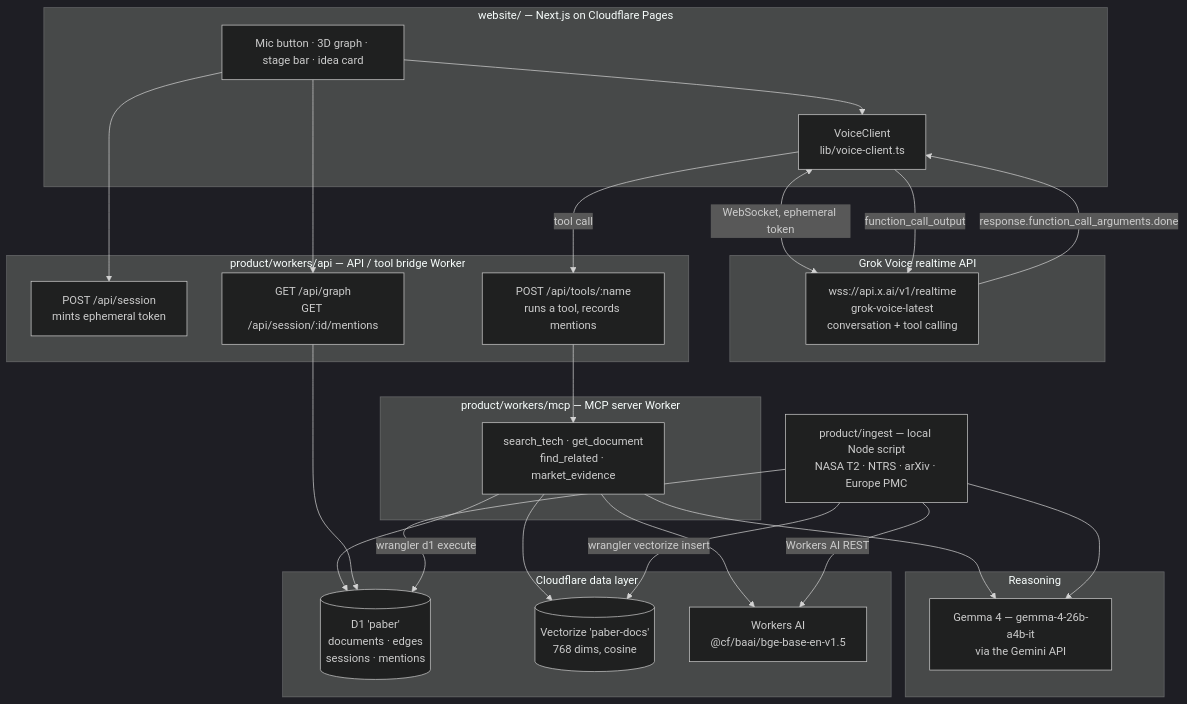
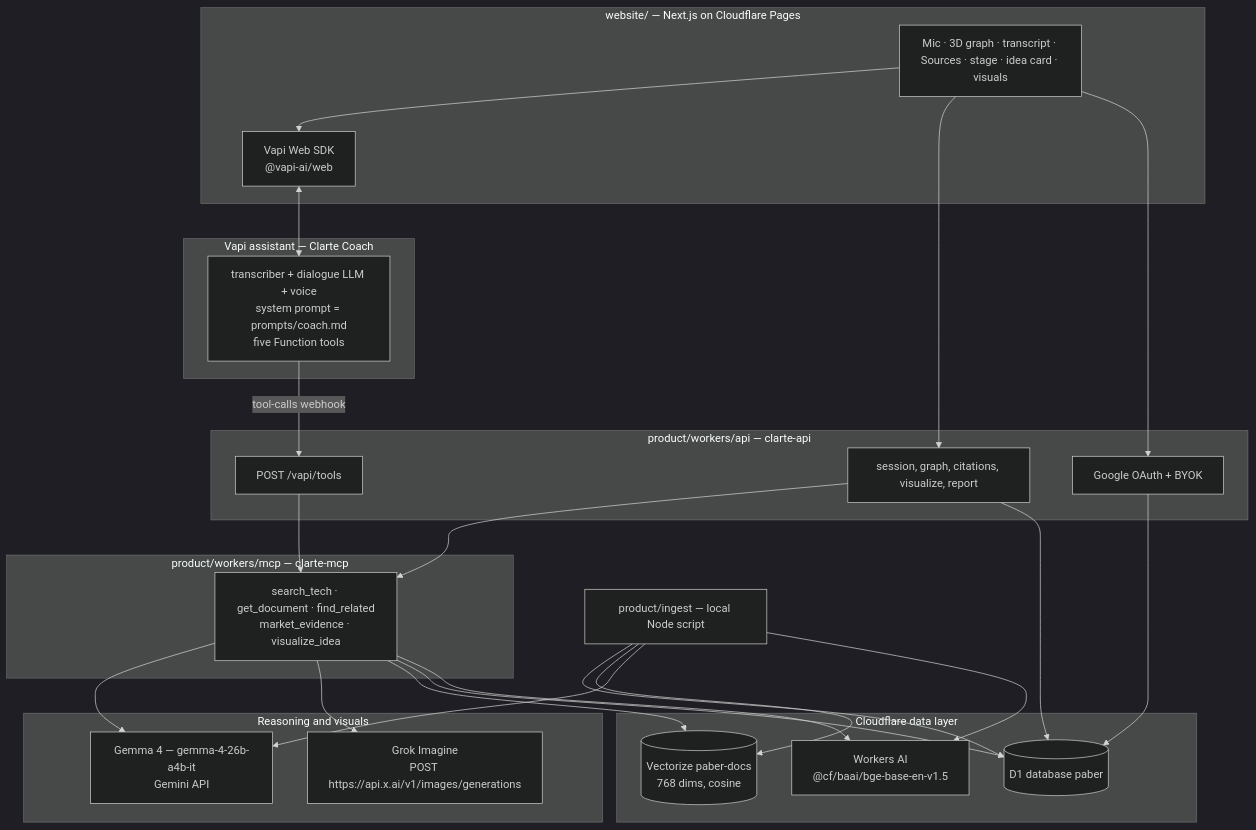
The diagram in readme/architecture.md (haminxx/Clarte), drawn with Mermaid (dark theme) before and after one commit. The commit also changed other lines of this file and 8 other files, not shown here.

````diff
--- a/readme/architecture.md
+++ b/readme/architecture.md
@@ -5,51 +9,53 @@
 ```mermaid
 flowchart TB
     subgraph browser["website/ — Next.js on Cloudflare Pages"]
-        UI["Mic button · 3D graph · stage bar · idea card"]
-        VC["VoiceClient<br/>lib/voice-client.ts"]
+        UI["Mic · 3D graph · transcript · Sources · stage · idea card · visuals"]
+        VAPI["Vapi Web SDK<br/>@vapi-ai/web"]
     end
 
-    subgraph voice["Grok Voice realtime API"]
-        GV["wss://api.x.ai/v1/realtime<br/>grok-voice-latest<br/>conversation + tool calling"]
+    subgraph voice["Vapi assistant — Clarte Coach"]
+        COACH["transcriber + dialogue LLM + voice<br/>system prompt = prompts/coach.md<br/>five Function tools"]
     end
 
-    subgraph api["product/workers/api — API / tool bridge Worker"]
-        TOK["POST /api/session<br/>mints ephemeral token"]
-        BRIDGE["POST /api/tools/:name<br/>runs a tool, records mentions"]
-        DATA["GET /api/graph<br/>GET /api/session/:id/mentions"]
+    subgraph api["product/workers/api — clarte-api"]
+        HOOK["POST /vapi/tools"]
+        HTTP["session, graph, citations, visualize, report"]
+        AUTH["Google OAuth + BYOK"]
     end
 
-    subgraph mcp["product/workers/mcp — MCP server Worker"]
-        TOOLS["search_tech · get_document<br/>find_related · market_evidence"]
+    subgraph mcp["product/workers/mcp — clarte-mcp"]
+        TOOLS["search_tech · get_document · find_related<br/>market_evidence · visualize_idea"]
     end
 
-    subgraph reason["Reasoning"]
-        GEMMA["Gemma 4 — gemma-4-26b-a4b-it<br/>via the Gemini API"]
+    subgraph reason["Reasoning and visuals"]
+        GEMMA["Gemma 4 — gemma-4-26b-a4b-it<br/>Gemini API"]
+        IMAGINE["Grok Imagine<br/>POST https://api.x.ai/v1/images/generations"]
     end
 
     subgraph data["Cloudflare data layer"]
-        D1[("D1 'paber'<br/>documents · edges<br/>sessions · mentions")]
-        VEC[("Vectorize 'paber-docs'<br/>768 dims, cosine")]
+        D1[("D1 database paber")]
+        VEC[("Vectorize paber-docs<br/>768 dims, cosine")]
         AI["Workers AI<br/>@cf/baai/bge-base-en-v1.5"]
     end
 
-    INGEST["product/ingest — local Node script<br/>NASA T2 · NTRS · arXiv · Europe PMC"]
+    INGEST["product/ingest — local Node script"]
 
-    UI --> VC
-    VC <-->|"WebSocket, ephemeral token"| GV
-    GV -->|"response.function_call_arguments.done"| VC
-    VC -->|"tool call"| BRIDGE
-    VC -->|"function_call_output"| GV
-    UI --> TOK
-    UI --> DATA
-    BRIDGE --> TOOLS
+    UI --> VAPI
+    VAPI <--> COACH
+    COACH -->|"tool-calls webhook"| HOOK
+    HOOK --> TOOLS
+    UI --> HTTP
+    UI --> AUTH
+    HTTP --> TOOLS
+    AUTH --> D1
     TOOLS --> GEMMA
+    TOOLS --> IMAGINE
     TOOLS --> VEC
     TOOLS --> D1
     TOOLS --> AI
-    DATA --> D1
-    INGEST -->|"wrangler d1 execute"| D1
-    INGEST -->|"wrangler vectorize insert"| VEC
+    HTTP --> D1
+    INGEST --> D1
+    INGEST --> VEC
     INGEST --> GEMMA
-    INGEST -->|"Workers AI REST"| AI
+    INGEST --> AI
 ```
````
